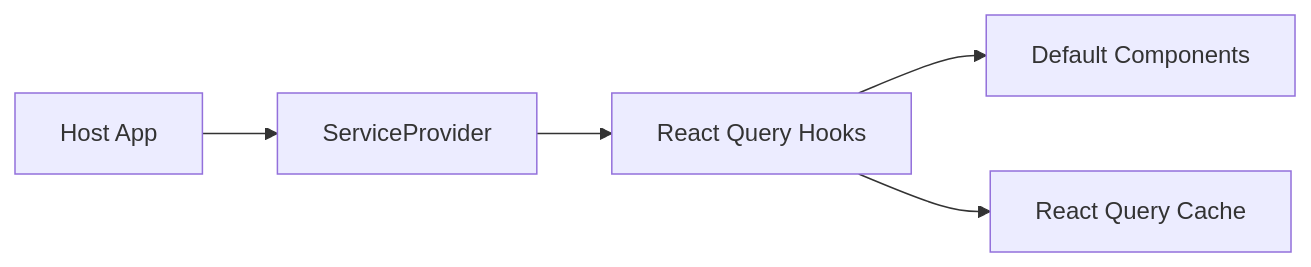
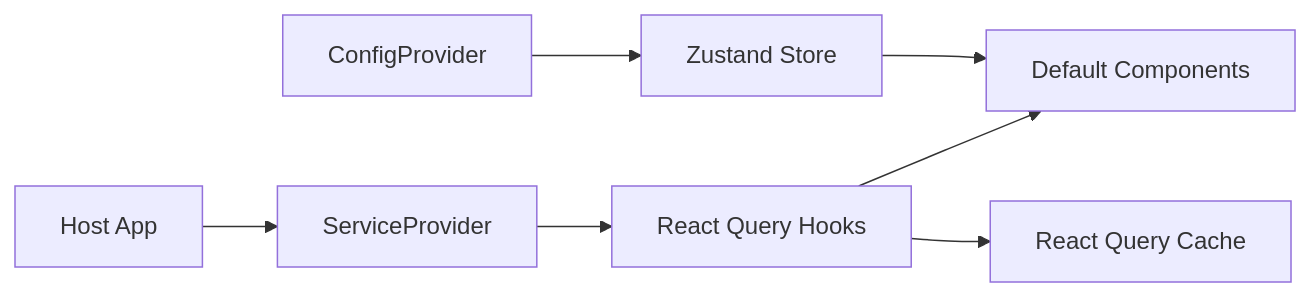
Before and after one commit to givingwu/bifrost-chat: the diagram in docs/architecture-overview.md, drawn with Mermaid. The commit also changed other lines of this file and 24 other files, not shown here.

````diff
--- a/docs/architecture-overview.md
+++ b/docs/architecture-overview.md
@@ -11,7 +11,9 @@
 ```mermaid
 graph LR
-    Host[Host App] --> DI[ServiceProvider]
-    DI --> Hooks[React Query Hooks]
-    Hooks --> Components[Default Components]
+    Host[Host App] --> SP[ServiceProvider]
+    SP --> Hooks[React Query Hooks]
+    Hooks --> UI[Default Components]
     Hooks --> Cache[React Query Cache]
+    Config[ConfigProvider] --> Store[Zustand Store]
+    Store --> UI
 ```
````
